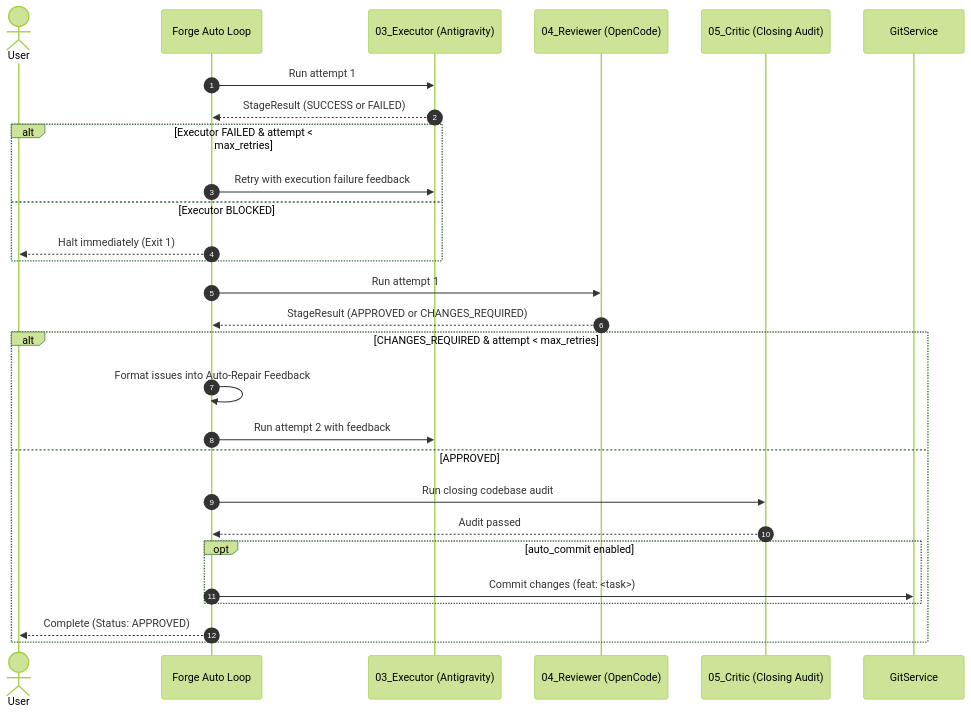
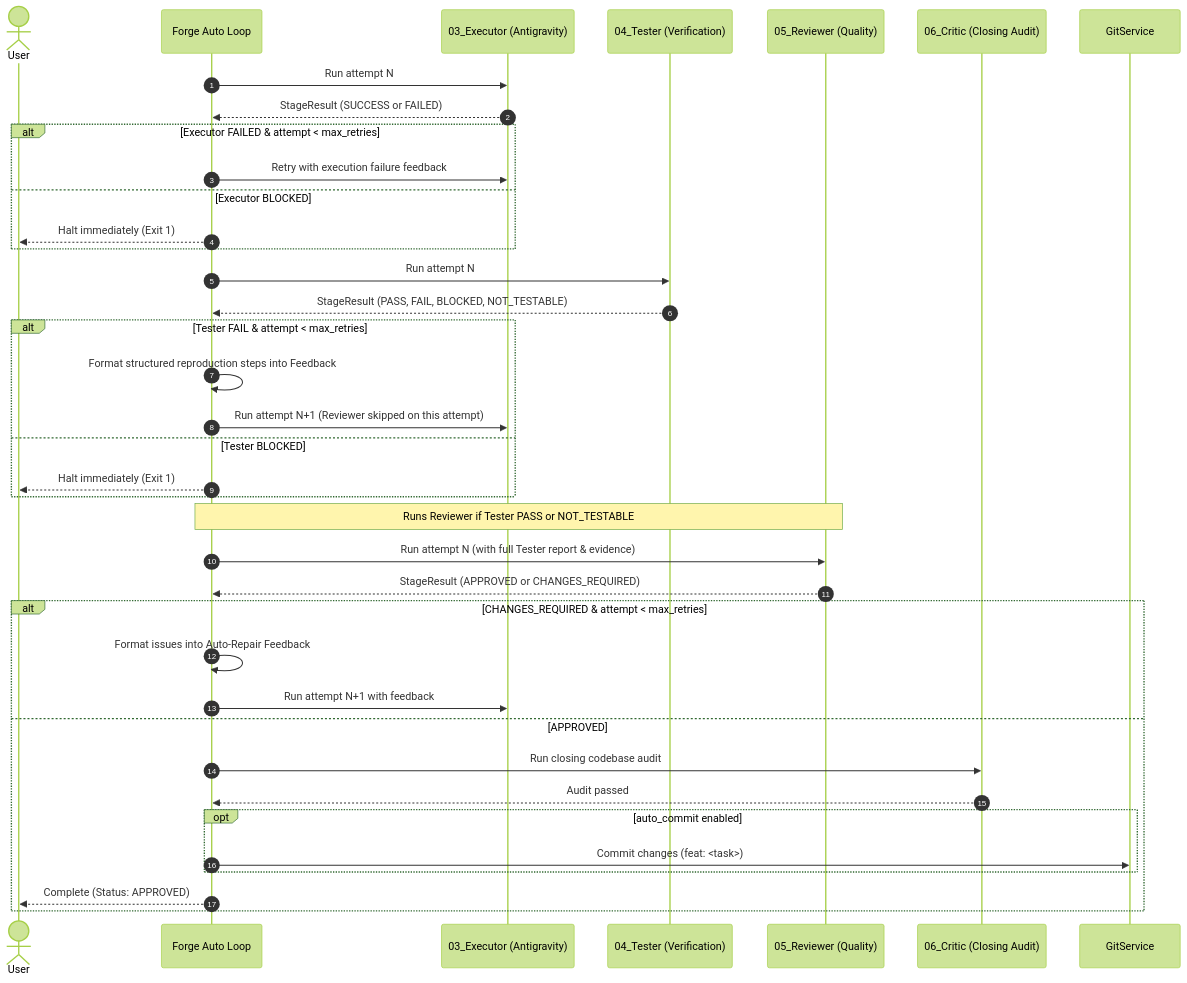
The diagram in docs/USER_GUIDE.md (Mathir14/Forge), drawn with Mermaid (forest theme) before and after one commit. The commit also changed other lines of this file and 117 other files, not shown here.

````diff
--- a/docs/USER_GUIDE.md
+++ b/docs/USER_GUIDE.md
@@ -887,31 +1026,41 @@
 ```mermaid
 sequenceDiagram
     autonumber
     actor User
     participant CLI as Forge Auto Loop
     participant Exec as 03_Executor (Antigravity)
-    participant Rev as 04_Reviewer (OpenCode)
-    participant Critic as 05_Critic (Closing Audit)
+    participant Test as 04_Tester (Verification)
+    participant Rev as 05_Reviewer (Quality)
+    participant Critic as 06_Critic (Closing Audit)
     participant Git as GitService
 
-    CLI->>Exec: Run attempt 1
+    CLI->>Exec: Run attempt N
     Exec-->>CLI: StageResult (SUCCESS or FAILED)
     alt Executor FAILED & attempt < max_retries
         CLI->>Exec: Retry with execution failure feedback
     else Executor BLOCKED
         CLI-->>User: Halt immediately (Exit 1)
     end
-    CLI->>Rev: Run attempt 1
+    CLI->>Test: Run attempt N
+    Test-->>CLI: StageResult (PASS, FAIL, BLOCKED, NOT_TESTABLE)
+    alt Tester FAIL & attempt < max_retries
+        CLI->>CLI: Format structured reproduction steps into Feedback
+        CLI->>Exec: Run attempt N+1 (Reviewer skipped on this attempt)
+    else Tester BLOCKED
+        CLI-->>User: Halt immediately (Exit 1)
+    end
+    Note over CLI,Rev: Runs Reviewer if Tester PASS or NOT_TESTABLE
+    CLI->>Rev: Run attempt N (with full Tester report & evidence)
     Rev-->>CLI: StageResult (APPROVED or CHANGES_REQUIRED)
     alt CHANGES_REQUIRED & attempt < max_retries
         CLI->>CLI: Format issues into Auto-Repair Feedback
-        CLI->>Exec: Run attempt 2 with feedback
+        CLI->>Exec: Run attempt N+1 with feedback
     else APPROVED
         CLI->>Critic: Run closing codebase audit
         Critic-->>CLI: Audit passed
         opt auto_commit enabled
             CLI->>Git: Commit changes (feat: <task>)
         end
         CLI-->>User: Complete (Status: APPROVED)
     end
 ```
````
